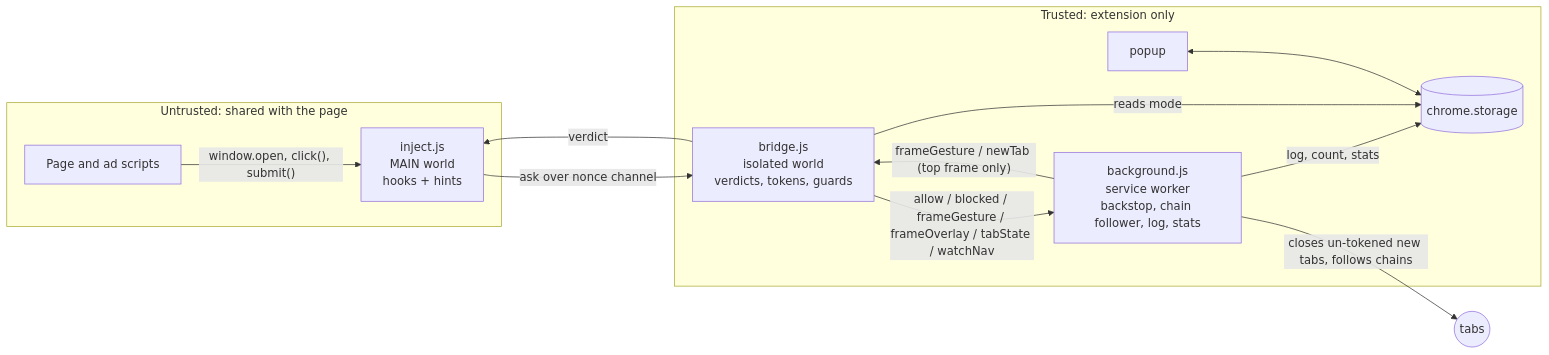
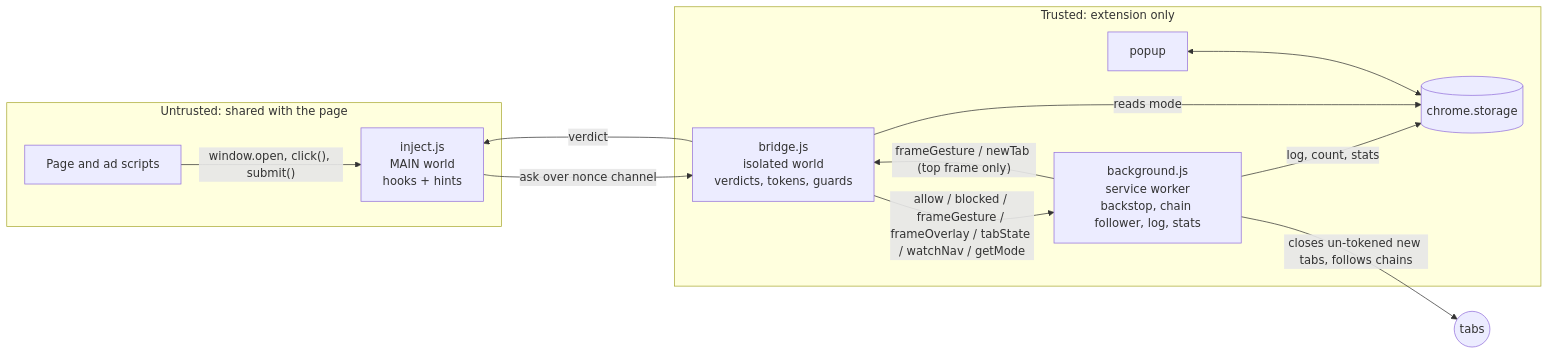
One commit to madironman/popshield changed the first of 4 diagrams in docs/ARCHITECTURE.md. Above: the diagram before and after it, drawn with Mermaid. The commit also changed other lines of this file and 14 other files, not shown here.

````diff
--- a/docs/ARCHITECTURE.md
+++ b/docs/ARCHITECTURE.md
@@ -40,22 +41,22 @@
 ```mermaid
 flowchart LR
   subgraph Untrusted["Untrusted: shared with the page"]
     PG["Page and ad scripts"]
     I["inject.js<br/>MAIN world<br/>hooks + hints"]
   end
   subgraph Trusted["Trusted: extension only"]
     B["bridge.js<br/>isolated world<br/>verdicts, tokens, guards"]
     BG["background.js<br/>service worker<br/>backstop, chain follower, log, stats"]
     POP["popup"]
     S[("chrome.storage")]
   end
   PG -- "window.open, click(), submit()" --> I
   I -- "ask over nonce channel" --> B
   B -- "verdict" --> I
-  B -- "allow / blocked / frameGesture / frameOverlay / tabState / watchNav" --> BG
+  B -- "allow / blocked / frameGesture / frameOverlay / tabState / watchNav / getMode" --> BG
   BG -- "frameGesture / newTab (top frame only)" --> B
   BG -- "closes un-tokened new tabs, follows chains" --> X(("tabs"))
   BG -- "log, count, stats" --> S
   B -- "reads mode" --> S
   POP <--> S
 ```
````
